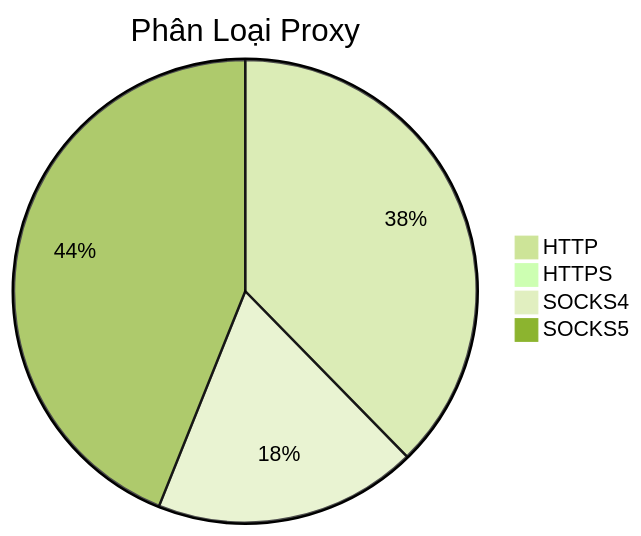
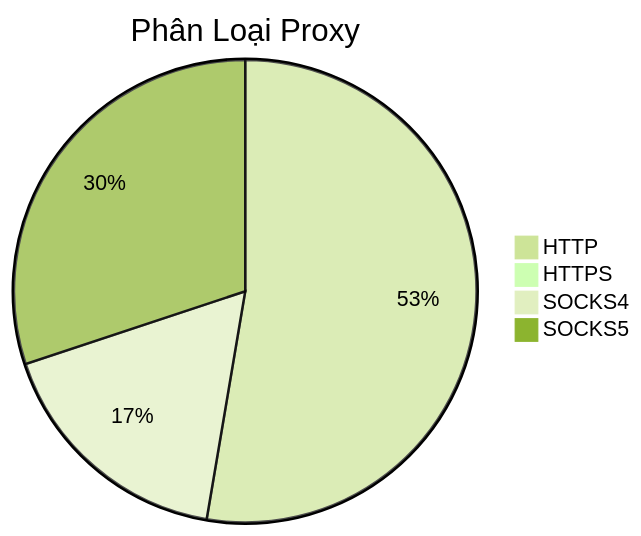
The diagram in README.md (Ciara-12/PROXY-free), drawn with Mermaid (forest theme) before and after one commit. The commit also changed other lines of this file and 3 other files, not shown here.

````diff
--- a/README.md
+++ b/README.md
@@ -26,7 +26,7 @@
 ```mermaid
 pie title Phân Loại Proxy
-    "HTTP" : 766
+    "HTTP" : 987
     "HTTPS" : 0
-    "SOCKS4" : 374
-    "SOCKS5" : 893
+    "SOCKS4" : 323
+    "SOCKS5" : 564
 ```
````
